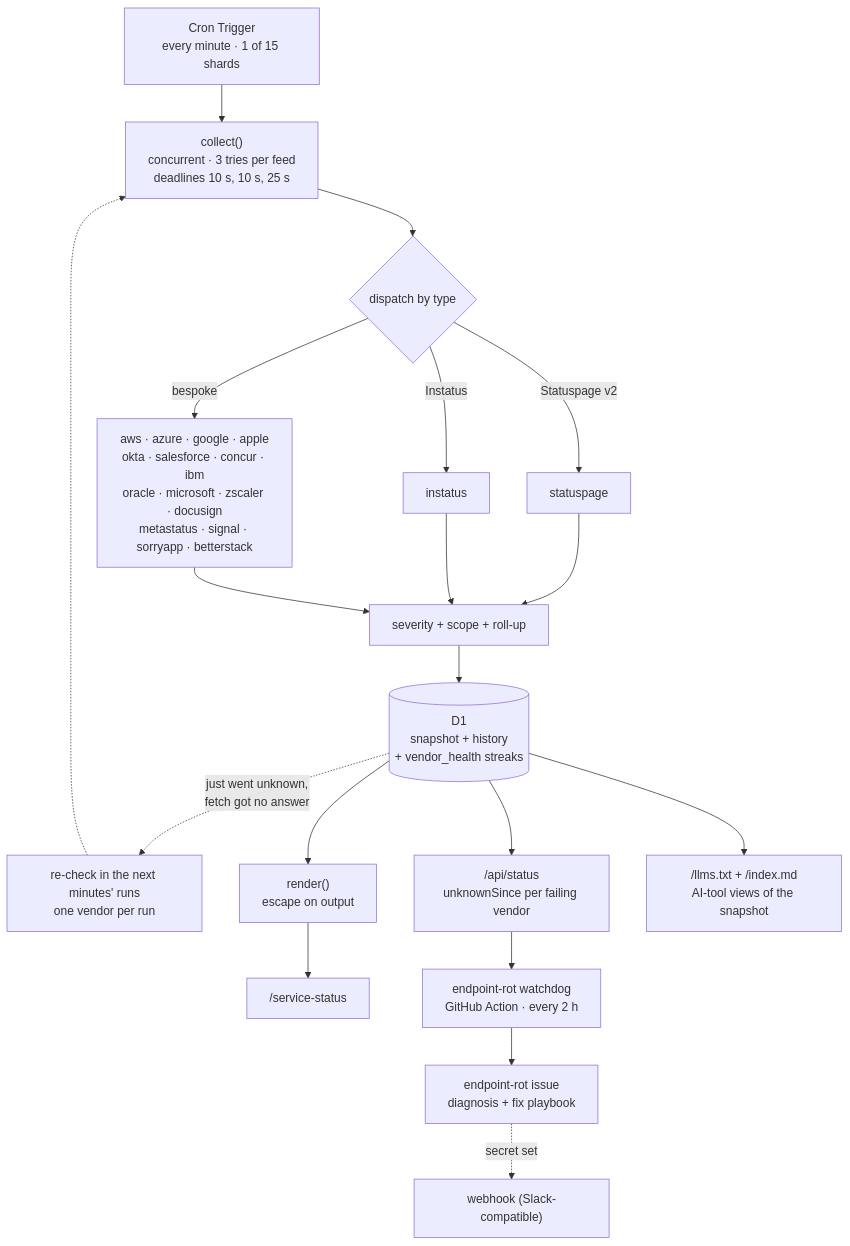
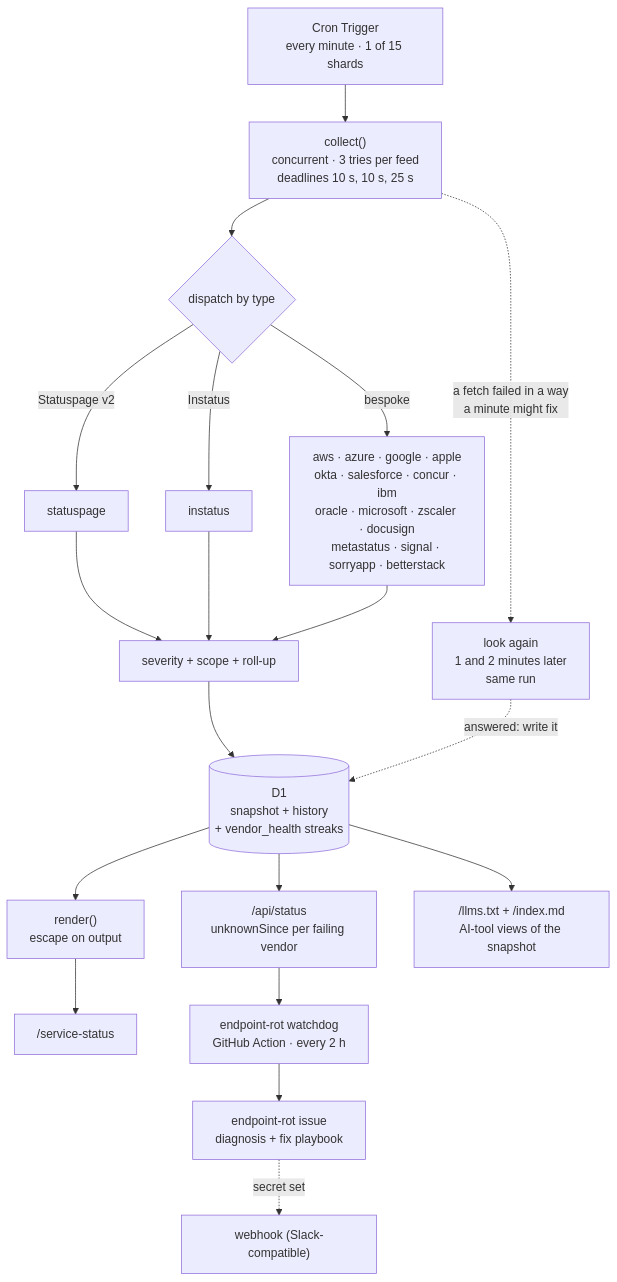
The first of 4 diagrams in README.md (bjgreenberg/vendor-dashboard), drawn with Mermaid before and after one commit. The commit also changed other lines of this file and 8 other files, not shown here.

````diff
--- a/README.md
+++ b/README.md
@@ -82,21 +82,21 @@
 ```mermaid
 flowchart TB
     cron["Cron Trigger<br/>every minute · 1 of 15 shards"] --> collect["collect()<br/>concurrent · 3 tries per feed<br/>deadlines 10 s, 10 s, 25 s"]
     collect --> adapters{"dispatch by type"}
     adapters -->|"Statuspage v2"| a1["statuspage"]
     adapters -->|"Instatus"| a2["instatus"]
     adapters -->|"bespoke"| a3["aws · azure · google · apple<br/>okta · salesforce · concur · ibm<br/>oracle · microsoft · zscaler · docusign<br/>metastatus · signal · sorryapp · betterstack"]
     a1 --> norm["severity + scope + roll-up"]
     a2 --> norm
     a3 --> norm
     norm --> d1[("D1<br/>snapshot + history<br/>+ vendor_health streaks")]
-    d1 -.->|"just went unknown,<br/>fetch got no answer"| again["re-check in the next minutes' runs<br/>one vendor per run"]
-    again -.-> collect
+    collect -.->|"a fetch failed in a way<br/>a minute might fix"| again["look again<br/>1 and 2 minutes later<br/>same run"]
+    again -.->|"answered: write it"| d1
     d1 --> render["render()<br/>escape on output"]
     render --> page["/service-status"]
     d1 --> api["/api/status<br/>unknownSince per failing vendor"]
     d1 --> ai["/llms.txt + /index.md<br/>AI-tool views of the snapshot"]
     api --> wd["endpoint-rot watchdog<br/>GitHub Action · every 2 h"]
     wd --> issue["endpoint-rot issue<br/>diagnosis + fix playbook"]
     issue -.->|"secret set"| slack["webhook (Slack-compatible)"]
 ```
````
